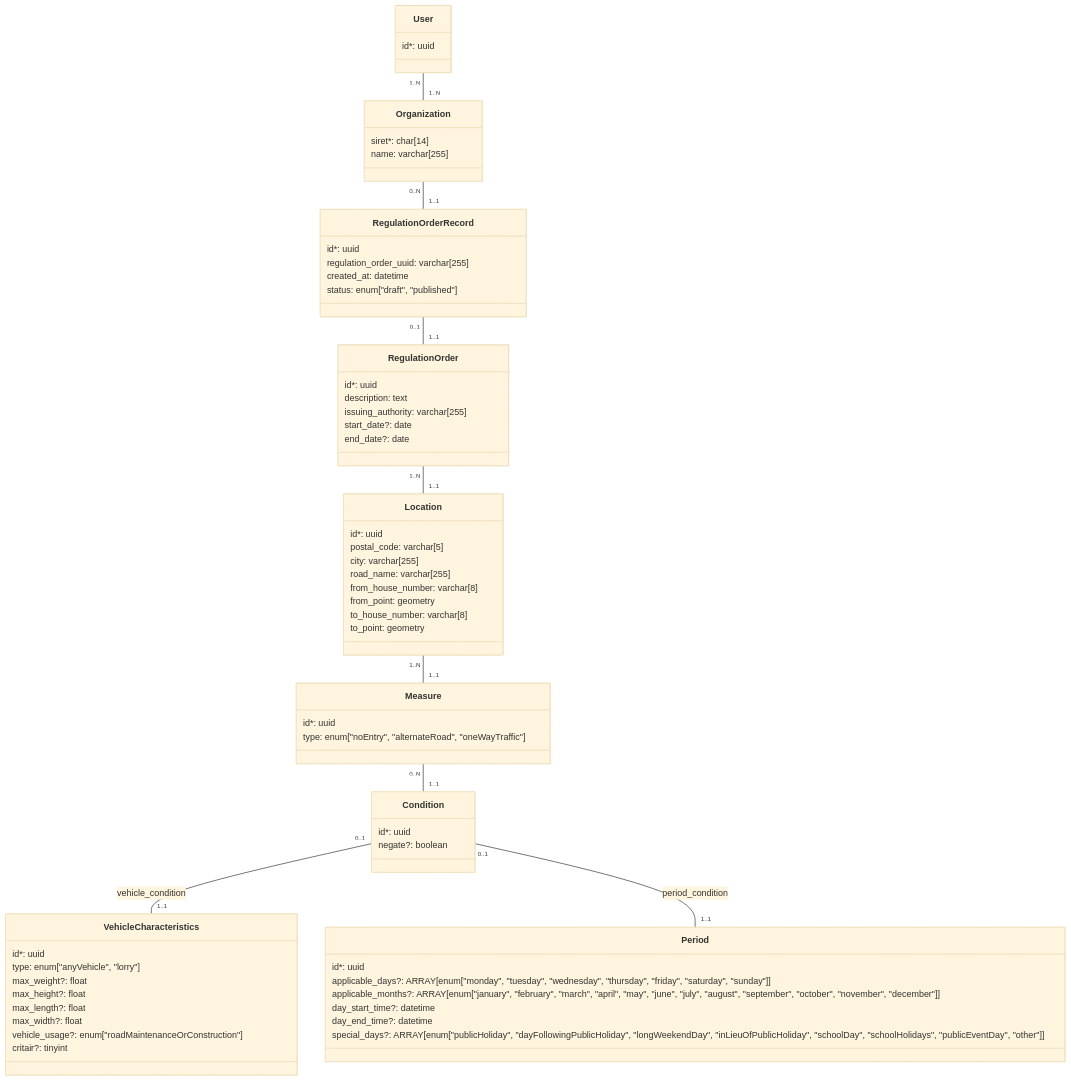
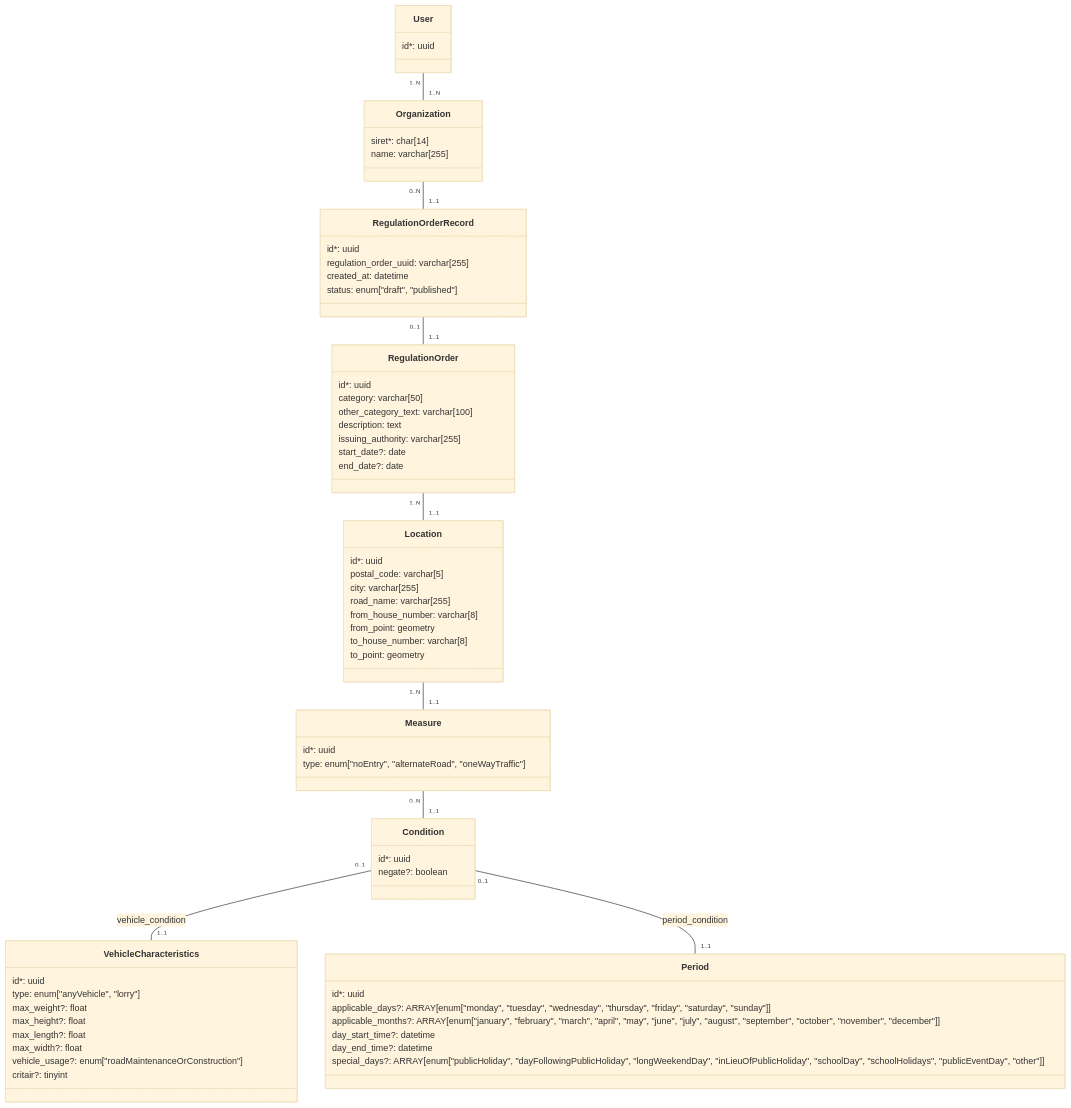
The diagram in docs/adr/002_mcd.md (MTES-MCT/dialog), drawn with Mermaid (base theme) before and after one commit. The commit also changed 22 other files, not shown here.

First line of the commit message:
Add category and other category text fields (#292)

````diff
--- a/docs/adr/002_mcd.md
+++ b/docs/adr/002_mcd.md
@@ -19,78 +19,80 @@
 ```mermaid
 classDiagram
 direction TB
 
 class User {
     id*: uuid
 }
 
 class Organization {
     siret*: char[14]
     name: varchar[255]
 }
 
 class RegulationOrderRecord {
     id*: uuid
     regulation_order_uuid: varchar[255]
     created_at: datetime
     status: enum["draft", "published"]
 }
 
 class RegulationOrder {
     id*: uuid
+    category: varchar[50]
+    other_category_text: varchar[100]
     description: text
     issuing_authority: varchar[255]
     start_date?: date
     end_date?: date
 }
 
 class Measure {
   id*: uuid
   type: enum["noEntry", "alternateRoad", "oneWayTraffic"]
 }
 
 class VehicleCharacteristics {
     id*: uuid
     type: enum["anyVehicle", "lorry"]
     max_weight?: float
     max_height?: float
     max_length?: float
     max_width?: float
     vehicle_usage?: enum["roadMaintenanceOrConstruction"]
     critair?: tinyint
 }
 
 class Location {
     id*: uuid
     postal_code: varchar[5]
     city: varchar[255]
     road_name: varchar[255]
     from_house_number: varchar[8]
     from_point: geometry
     to_house_number: varchar[8]
     to_point: geometry
 }
 
 class Condition {
     id*: uuid
     negate?: boolean
 }
 
 class Period {
     id*: uuid
     applicable_days?: ARRAY[enum["monday", "tuesday", "wednesday", "thursday", "friday", "saturday", "sunday"]]
     applicable_months?: ARRAY[enum["january", "february", "march", "april", "may", "june", "july", "august", "september", "october", "november", "december"]]
     day_start_time?: datetime
     day_end_time?: datetime
     special_days?: ARRAY[enum["publicHoliday", "dayFollowingPublicHoliday", "longWeekendDay", "inLieuOfPublicHoliday", "schoolDay", "schoolHolidays", "publicEventDay", "other"]]
 }
 
 User "1..N" -- "1..N" Organization
 Organization "0..N" -- "1..1" RegulationOrderRecord
 RegulationOrderRecord "0..1" -- "1..1" RegulationOrder
 RegulationOrder "1..N" -- "1..1" Location
 Location "1..N" -- "1..1" Measure
 Measure "0..N" -- "1..1" Condition
 Condition "0..1" -- "1..1" VehicleCharacteristics : vehicle_condition
 Condition "0..1" -- "1..1" Period : period_condition
 ```
````
